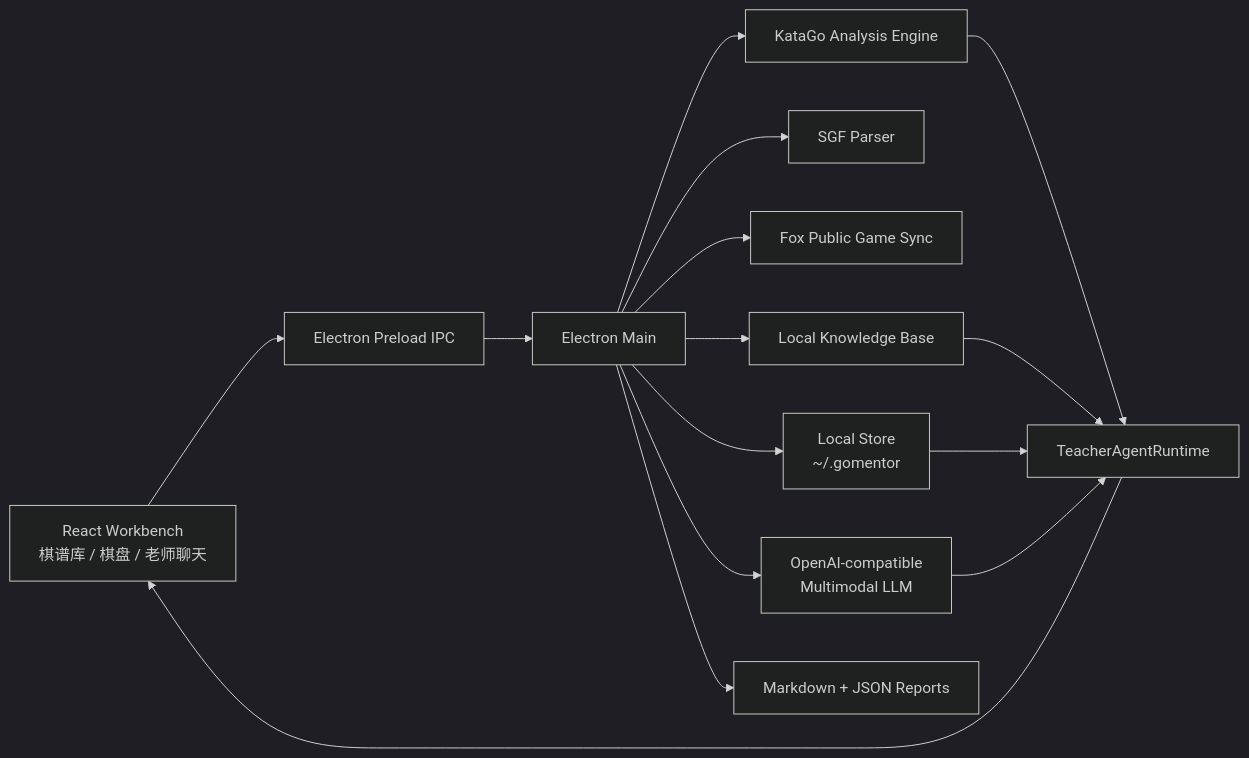
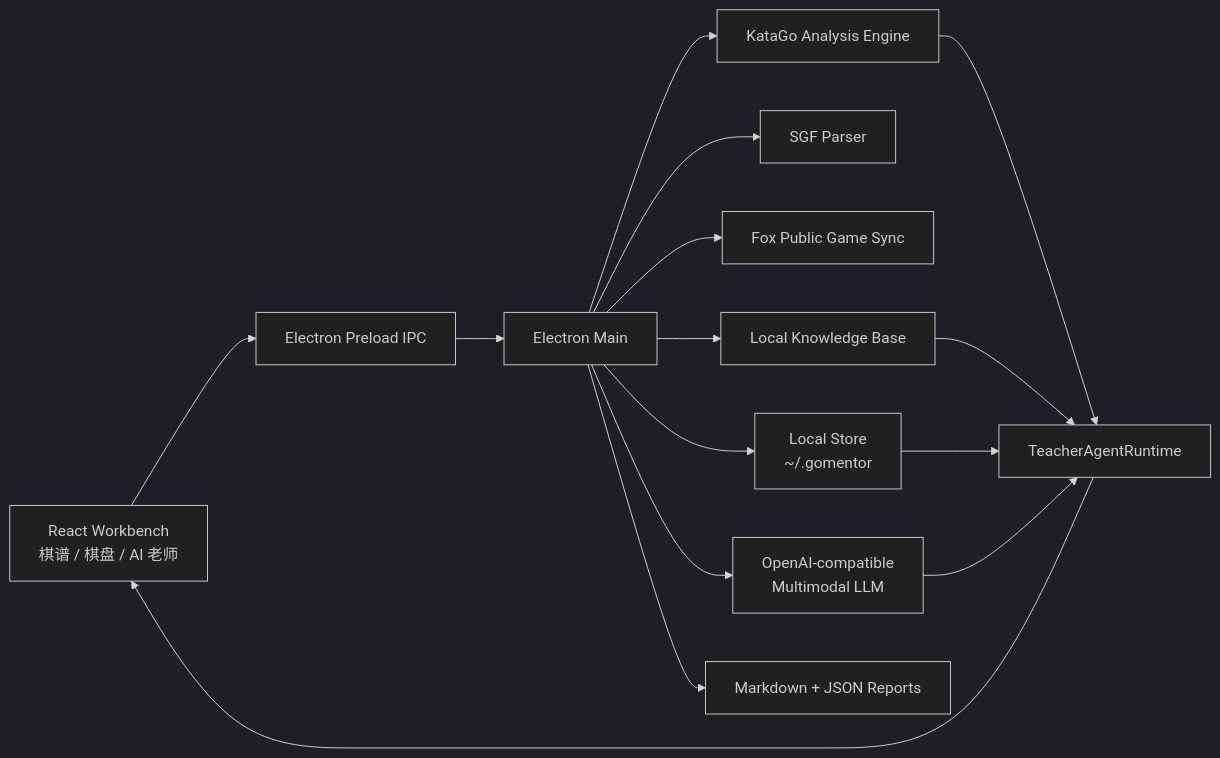
The diagram in README.md (wimi321/katasensei), drawn with Mermaid (dark theme) before and after one commit. The commit also changed other lines of this file and 4 other files, not shown here.

````diff
--- a/README.md
+++ b/README.md
@@ -97,17 +118,17 @@
 ```mermaid
 flowchart LR
-  UI["React Workbench\n棋谱库 / 棋盘 / 老师聊天"] --> IPC["Electron Preload IPC"]
+  UI["React Workbench\n棋谱 / 棋盘 / AI 老师"] --> IPC["Electron Preload IPC"]
   IPC --> Main["Electron Main"]
   Main --> Store["Local Store\n~/.gomentor"]
   Main --> SGF["SGF Parser"]
   Main --> Fox["Fox Public Game Sync"]
   Main --> KataGo["KataGo Analysis Engine"]
   Main --> KB["Local Knowledge Base"]
   Main --> LLM["OpenAI-compatible\nMultimodal LLM"]
   Main --> Reports["Markdown + JSON Reports"]
   KataGo --> Agent["TeacherAgentRuntime"]
   KB --> Agent
   Store --> Agent
   LLM --> Agent
   Agent --> UI
 ```
````
